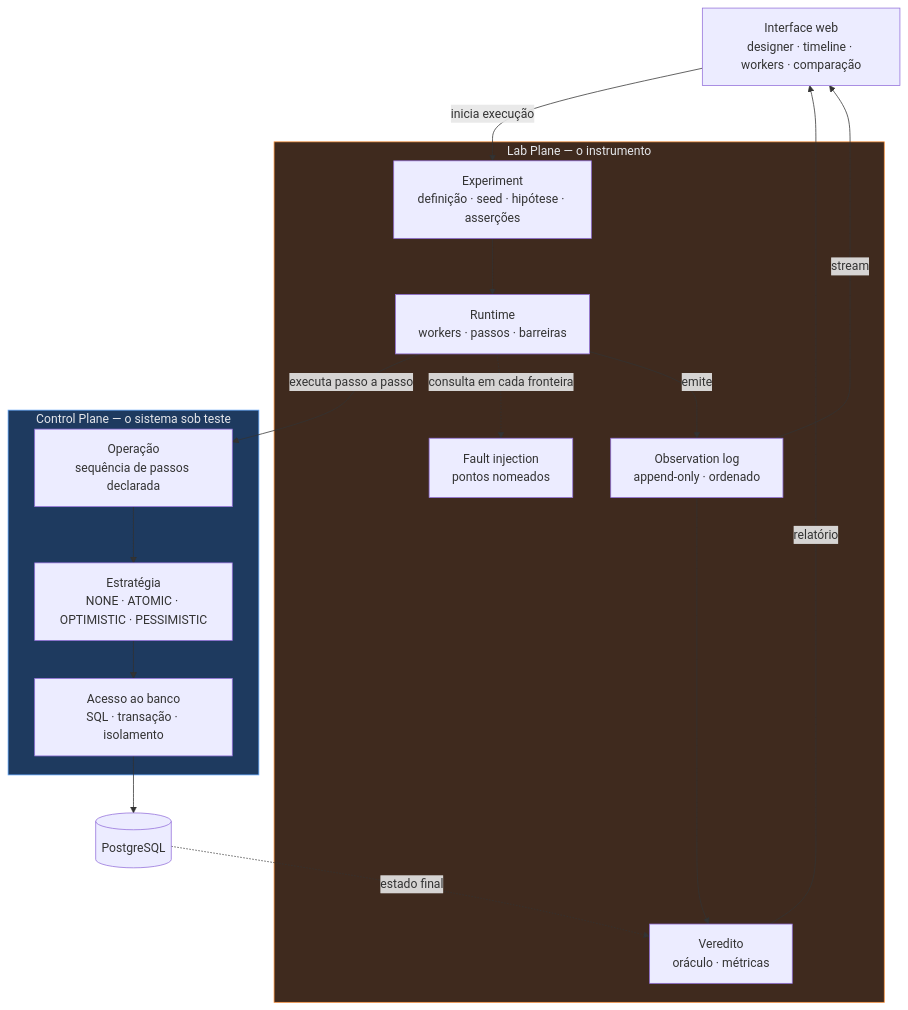
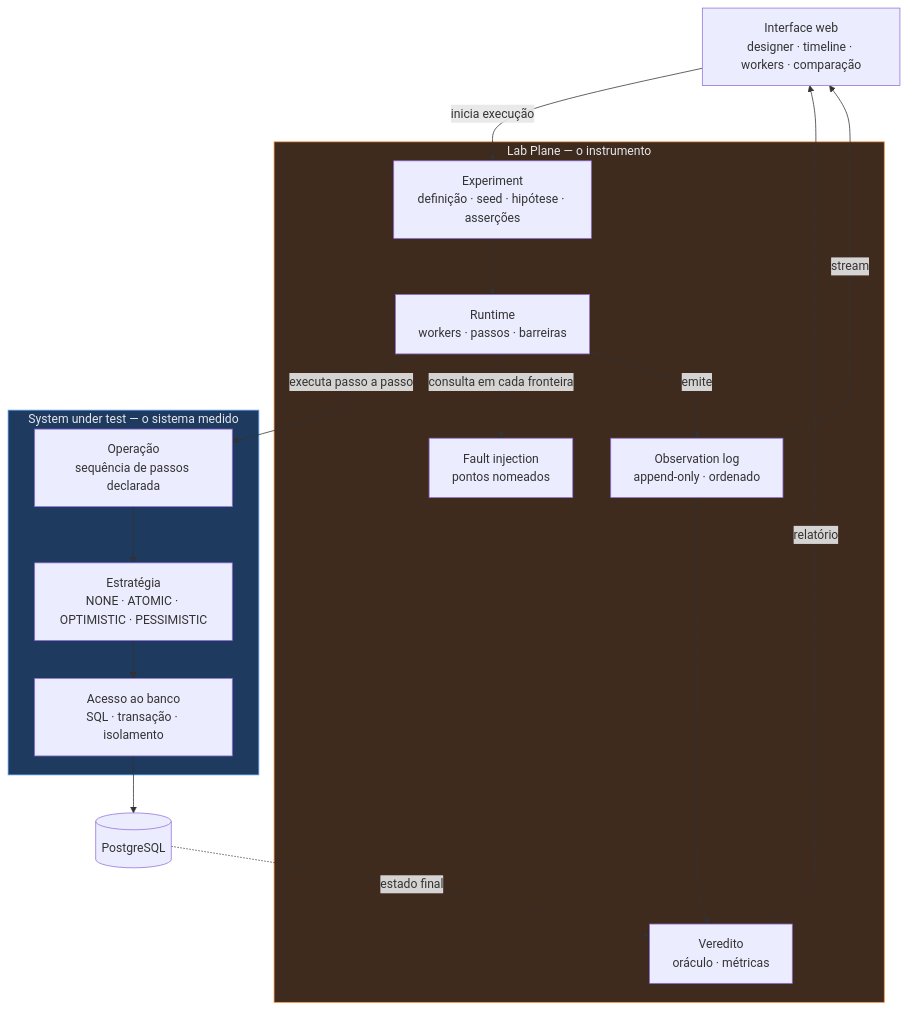
Before and after one commit to da0hn/distributed-systems-experiment-lab: the diagram in README.md, drawn with Mermaid. The commit also changed other lines of this file and 3 other files, not shown here.

````diff
--- a/README.md
+++ b/README.md
@@ -89,34 +90,34 @@
 ```mermaid
 flowchart TB
     UI["Interface web<br/>designer · timeline · workers · comparação"]
 
     subgraph LAB["Lab Plane — o instrumento"]
         DEF["Experiment<br/>definição · seed · hipótese · asserções"]
         RUN["Runtime<br/>workers · passos · barreiras"]
         FI["Fault injection<br/>pontos nomeados"]
         OBS["Observation log<br/>append-only · ordenado"]
         VER["Veredito<br/>oráculo · métricas"]
     end
 
-    subgraph SUT["Control Plane — o sistema sob teste"]
+    subgraph SUT["System under test — o sistema medido"]
         OPD["Operação<br/>sequência de passos declarada"]
         STR["Estratégia<br/>NONE · ATOMIC · OPTIMISTIC · PESSIMISTIC"]
         REP["Acesso ao banco<br/>SQL · transação · isolamento"]
     end
 
     PG[("PostgreSQL")]
     UI -->|inicia execução| DEF
     DEF --> RUN
     RUN -->|executa passo a passo| OPD
     OPD --> STR
     STR --> REP
     REP --> PG
     RUN -.->|consulta em cada fronteira| FI
     RUN -->|emite| OBS
     OBS -->|stream| UI
     OBS --> VER
     PG -.->|estado final| VER
     VER -->|relatório| UI
     style LAB fill: #3f2a1e, stroke: #fb923c, color: #e5e7eb
     style SUT fill: #1e3a5f, stroke: #60a5fa, color: #e5e7eb
 ```
````
